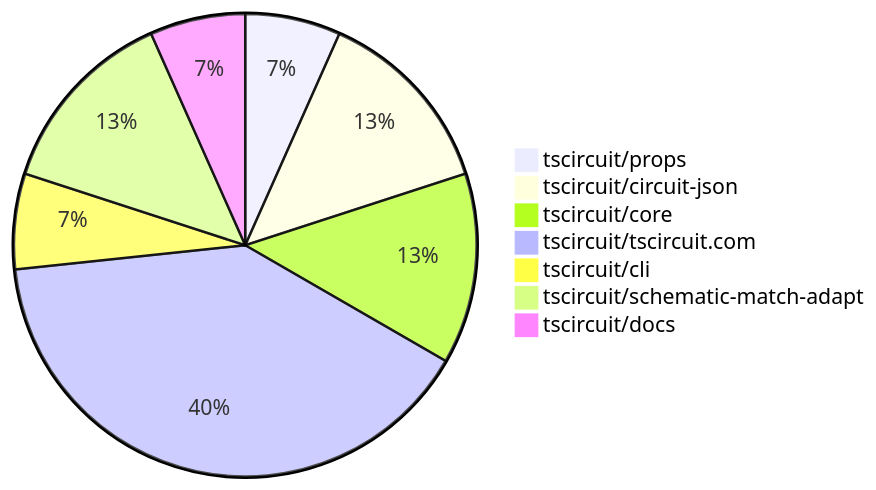
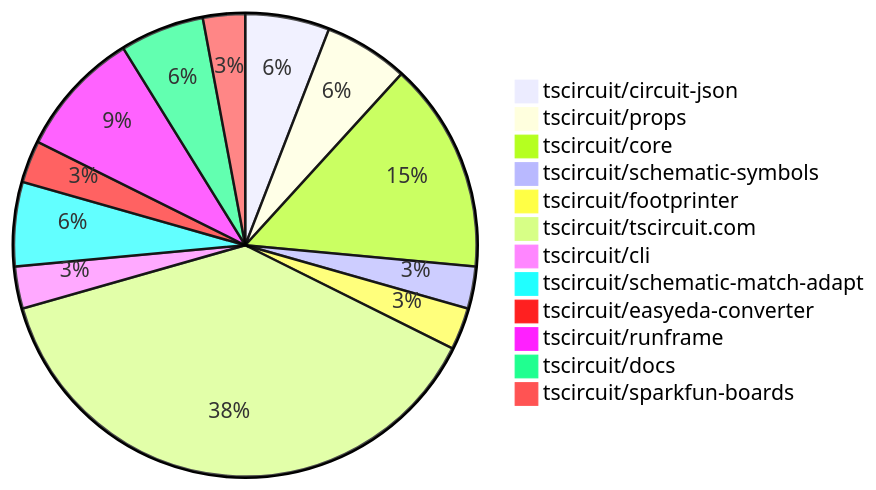
One commit to tscircuit/contribution-tracker changed the diagram in contribution-overviews/2025-06-11.md. Above: the diagram before and after it, drawn with Mermaid. The commit also changed other lines of this file and 3 other files, not shown here.

````diff
--- a/contribution-overviews/2025-06-11.md
+++ b/contribution-overviews/2025-06-11.md
@@ -5,10 +5,15 @@
 ```mermaid
 pie
-    "tscircuit/props" : 1
     "tscircuit/circuit-json" : 2
-    "tscircuit/core" : 2
-    "tscircuit/tscircuit.com" : 6
+    "tscircuit/props" : 2
+    "tscircuit/core" : 5
+    "tscircuit/schematic-symbols" : 1
+    "tscircuit/footprinter" : 1
+    "tscircuit/tscircuit.com" : 13
     "tscircuit/cli" : 1
     "tscircuit/schematic-match-adapt" : 2
-    "tscircuit/docs" : 1
+    "tscircuit/easyeda-converter" : 1
+    "tscircuit/runframe" : 3
+    "tscircuit/docs" : 2
+    "tscircuit/sparkfun-boards" : 1
 ```
````
